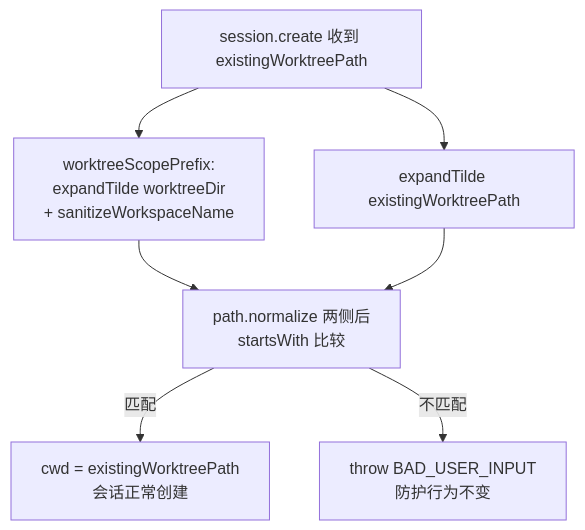
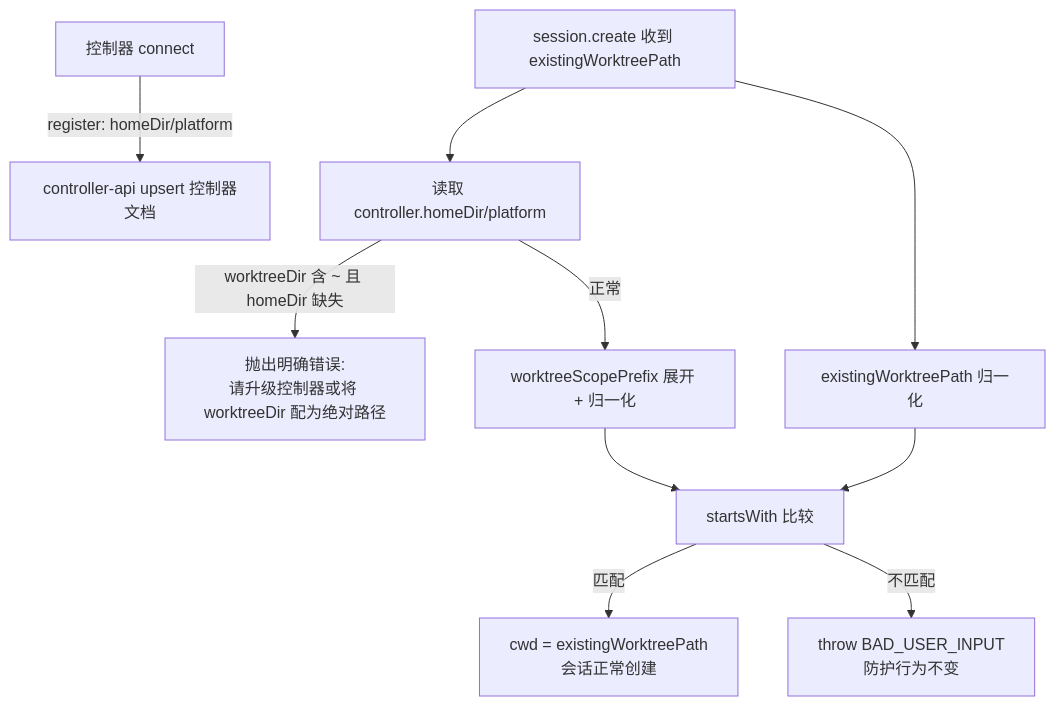
Before and after one commit to Deliay/z-agent-gear: the third of 3 diagrams in docs/engineering/proposals/20260829-fix-workflow-worktree-session-start.md, drawn with Mermaid. The commit also changed other lines of this file and 1 other file, not shown here.

Commit message:
docs(prd): 返工修订 - ~ 展开改为控制器 register 上报 homeDir/platform，弃用服务端 os.homedir() 方案

````diff
--- a/docs/engineering/proposals/20260829-fix-workflow-worktree-session-start.md
+++ b/docs/engineering/proposals/20260829-fix-workflow-worktree-session-start.md
@@ -137,9 +170,12 @@
 ```mermaid
 flowchart TD
-    A[session.create 收到 existingWorktreePath] --> B[worktreeScopePrefix:<br/>expandTilde worktreeDir<br/>+ sanitizeWorkspaceName]
-    A --> C[expandTilde existingWorktreePath]
-    B --> D[path.normalize 两侧后<br/>startsWith 比较]
-    C --> D
-    D -->|匹配| E[cwd = existingWorktreePath<br/>会话正常创建]
-    D -->|不匹配| F[throw BAD_USER_INPUT<br/>防护行为不变]
+    A[控制器 connect] -->|register: homeDir/platform| B[controller-api upsert 控制器文档]
+    C[session.create 收到 existingWorktreePath] --> D[读取 controller.homeDir/platform]
+    D -->|worktreeDir 含 ~ 且 homeDir 缺失| E[抛出明确错误:<br/>请升级控制器或将 worktreeDir 配为绝对路径]
+    D -->|正常| F[worktreeScopePrefix 展开 + 归一化]
+    C --> G[existingWorktreePath 归一化]
+    F --> H[startsWith 比较]
+    G --> H
+    H -->|匹配| I[cwd = existingWorktreePath<br/>会话正常创建]
+    H -->|不匹配| J[throw BAD_USER_INPUT<br/>防护行为不变]
 ```
````
